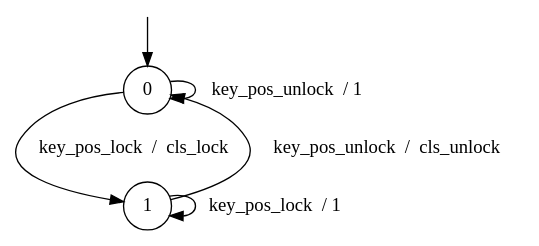
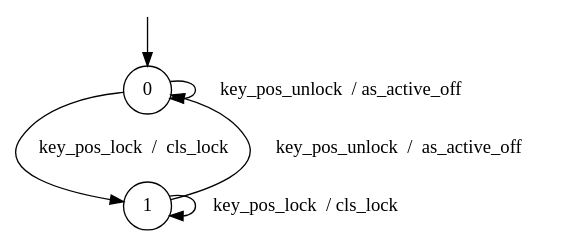
Before and after one commit to AryanBastani/SCL-Star: the diagram in Real-Tests/resources/Synchs/2/4_6_BCS_CLS.dot, drawn with Graphviz. The commit also changed 15 other files, not shown here.

```diff
--- a/Real-Tests/resources/Synchs/2/4_6_BCS_CLS.dot
+++ b/Real-Tests/resources/Synchs/2/4_6_BCS_CLS.dot
@@ -1,13 +1,13 @@
 digraph g {
 
 	s0 [shape="circle" label="0"];
 	s1 [shape="circle" label="1"];
-	s0 -> s0 [label="key_pos_unlock  / 1"];
+	s0 -> s0 [label="key_pos_unlock  / as_active_off"];
 	s0 -> s1 [label="key_pos_lock  /  cls_lock"];
-	s1 -> s0 [label="key_pos_unlock  /  cls_unlock"];
-	s1 -> s1 [label="key_pos_lock  / 1"];
+	s1 -> s0 [label="key_pos_unlock  /  as_active_off"];
+	s1 -> s1 [label="key_pos_lock  / cls_lock"];
 
 __start0 [label="" shape="none" width="0" height="0"];
 __start0 -> s0;
 
 }
```
